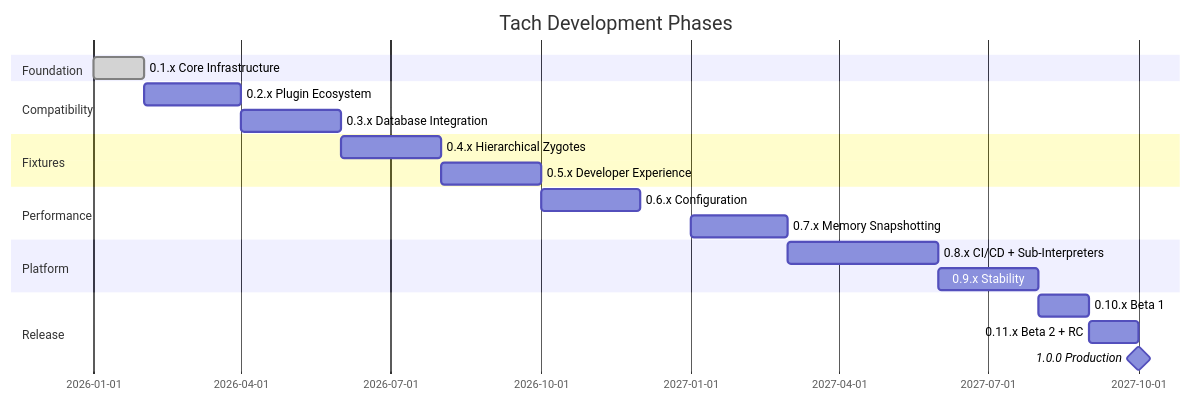
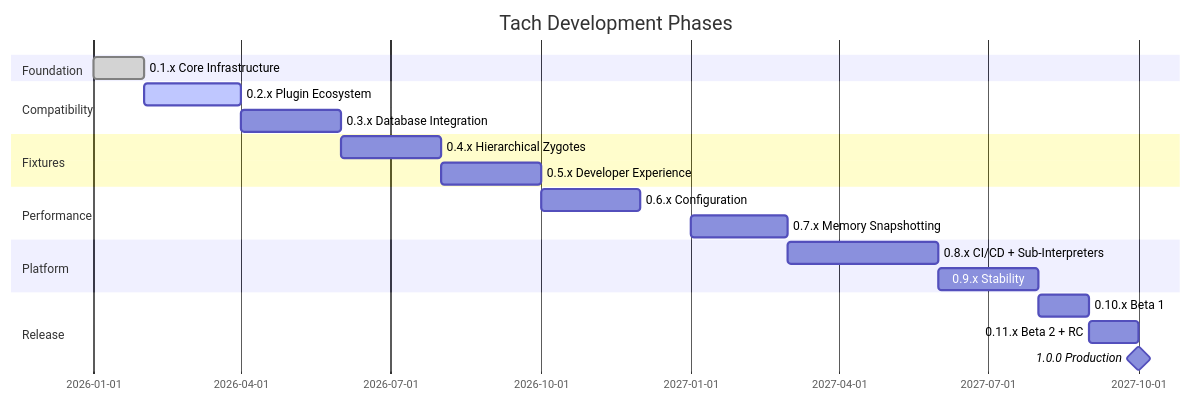
Before and after one commit to NikkeTryHard/tach-core: the first of 3 diagrams in docs/research/roadmap.md, drawn with Mermaid. The commit also changed other lines of this file, not shown here.

First line of the commit message:
docs: add comprehensive development flow chart to roadmap

````diff
--- a/docs/research/roadmap.md
+++ b/docs/research/roadmap.md
@@ -11,23 +11,23 @@
 ```mermaid
 gantt
     title Tach Development Phases
     dateFormat  YYYY-MM
     section Foundation
     0.1.x Core Infrastructure    :done, 2026-01, 2026-02
     section Compatibility
-    0.2.x Plugin Ecosystem       :2026-02, 2026-04
+    0.2.x Plugin Ecosystem       :active, 2026-02, 2026-04
     0.3.x Database Integration   :2026-04, 2026-06
     section Fixtures
     0.4.x Hierarchical Zygotes   :2026-06, 2026-08
     0.5.x Developer Experience   :2026-08, 2026-10
     section Performance
     0.6.x Configuration          :2026-10, 2026-12
     0.7.x Memory Snapshotting    :2027-01, 2027-03
     section Platform
     0.8.x CI/CD + Sub-Interpreters :2027-03, 2027-06
     0.9.x Stability              :2027-06, 2027-08
     section Release
     0.10.x Beta 1                :2027-08, 2027-09
     0.11.x Beta 2 + RC           :2027-09, 2027-10
     1.0.0 Production             :milestone, 2027-10, 0d
 ```
````
